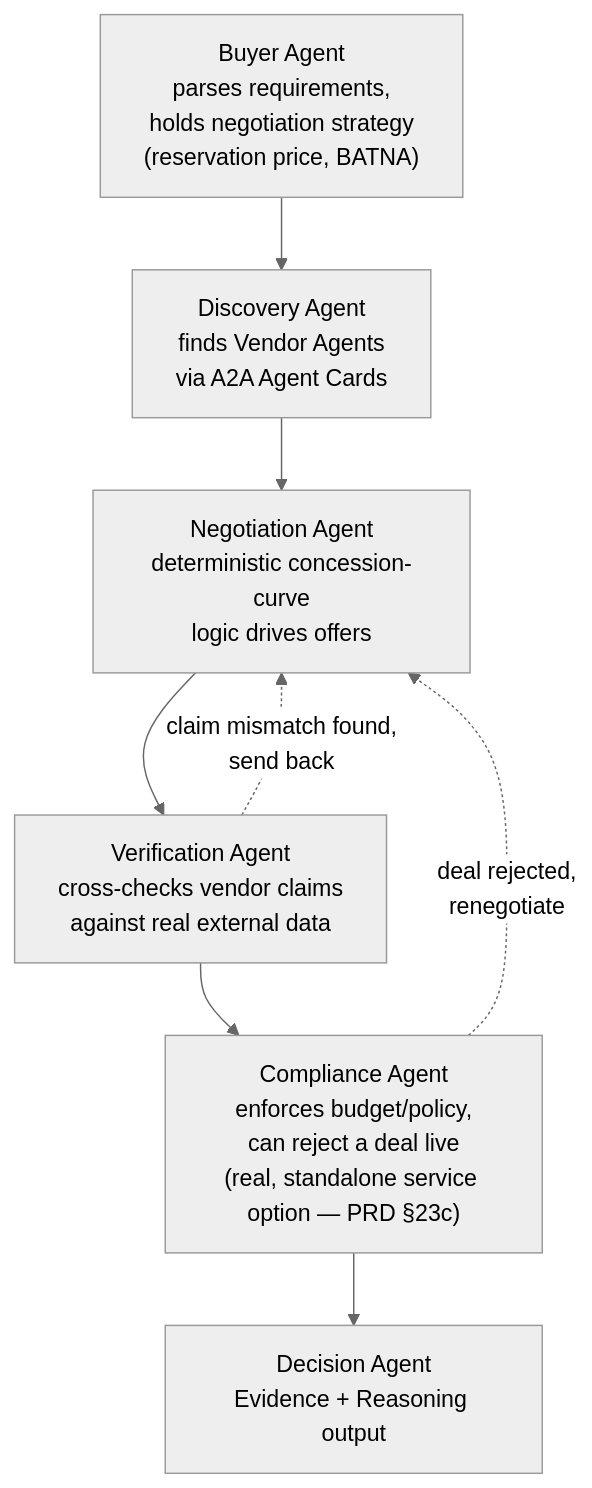
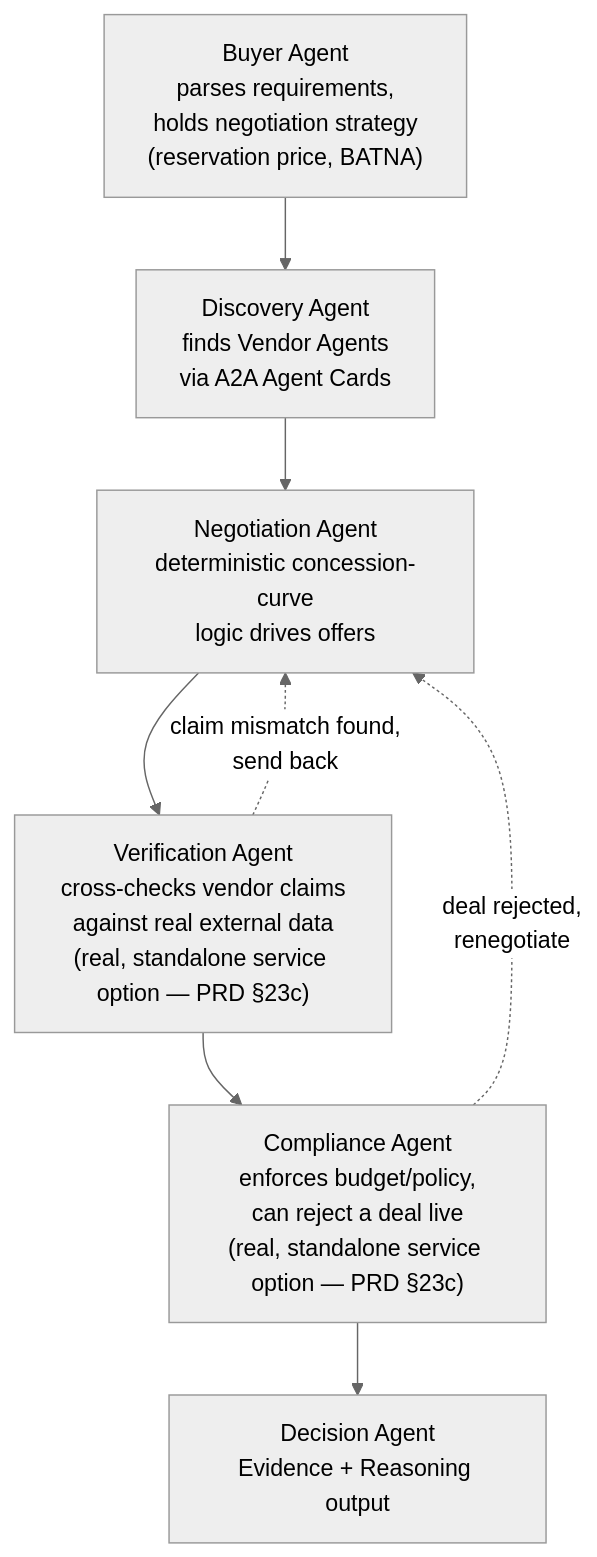
One commit to maha-rk/pact changed the second of 5 diagrams in docs/ARCHITECTURE.md. Above: the diagram before and after it, drawn with Mermaid (neutral theme). The commit also changed other lines of this file and 11 other files, not shown here.

First line of the commit message:
Split Verification Agent into a standalone service; encrypt event detail text

````diff
--- a/docs/ARCHITECTURE.md
+++ b/docs/ARCHITECTURE.md
@@ -49,14 +49,14 @@
 ```mermaid
 flowchart TB
     BUYER["Buyer Agent<br/>parses requirements,<br/>holds negotiation strategy<br/>(reservation price, BATNA)"]
     DISCOVERY["Discovery Agent<br/>finds Vendor Agents<br/>via A2A Agent Cards"]
     NEGOTIATION["Negotiation Agent<br/>deterministic concession-curve<br/>logic drives offers"]
-    VERIFICATION["Verification Agent<br/>cross-checks vendor claims<br/>against real external data"]
+    VERIFICATION["Verification Agent<br/>cross-checks vendor claims<br/>against real external data<br/>(real, standalone service option — PRD §23c)"]
     COMPLIANCE["Compliance Agent<br/>enforces budget/policy,<br/>can reject a deal live<br/>(real, standalone service option — PRD §23c)"]
     DECISION["Decision Agent<br/>Evidence + Reasoning output"]
 
     BUYER --> DISCOVERY --> NEGOTIATION
     NEGOTIATION --> VERIFICATION --> COMPLIANCE --> DECISION
     VERIFICATION -.->|claim mismatch found,<br/>send back| NEGOTIATION
     COMPLIANCE -.->|deal rejected,<br/>renegotiate| NEGOTIATION
 ```
````
